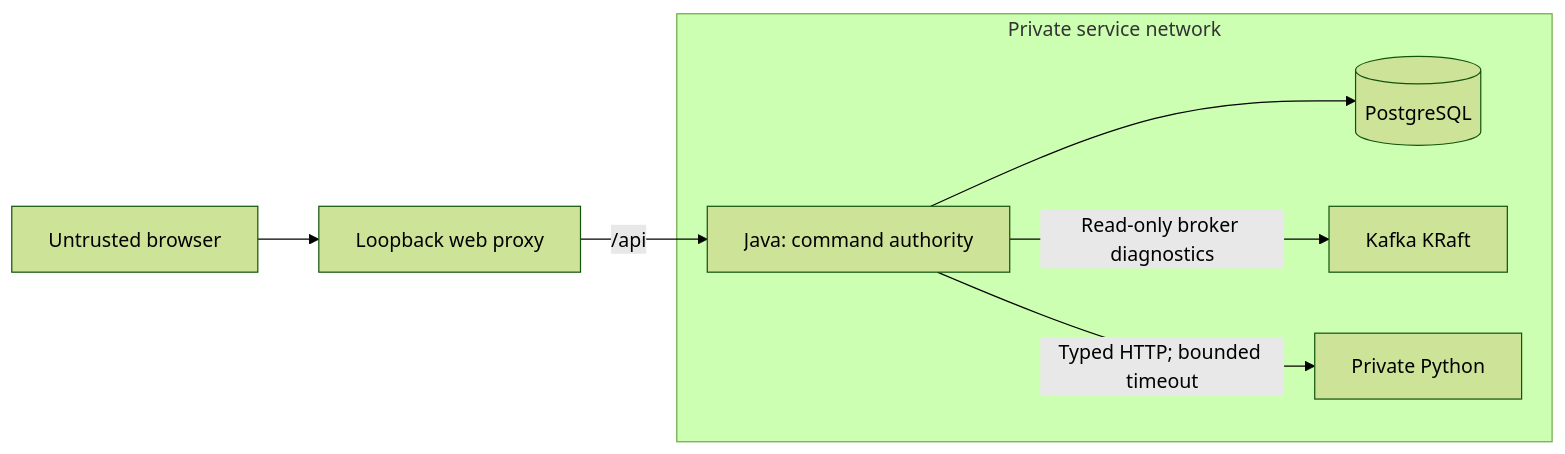
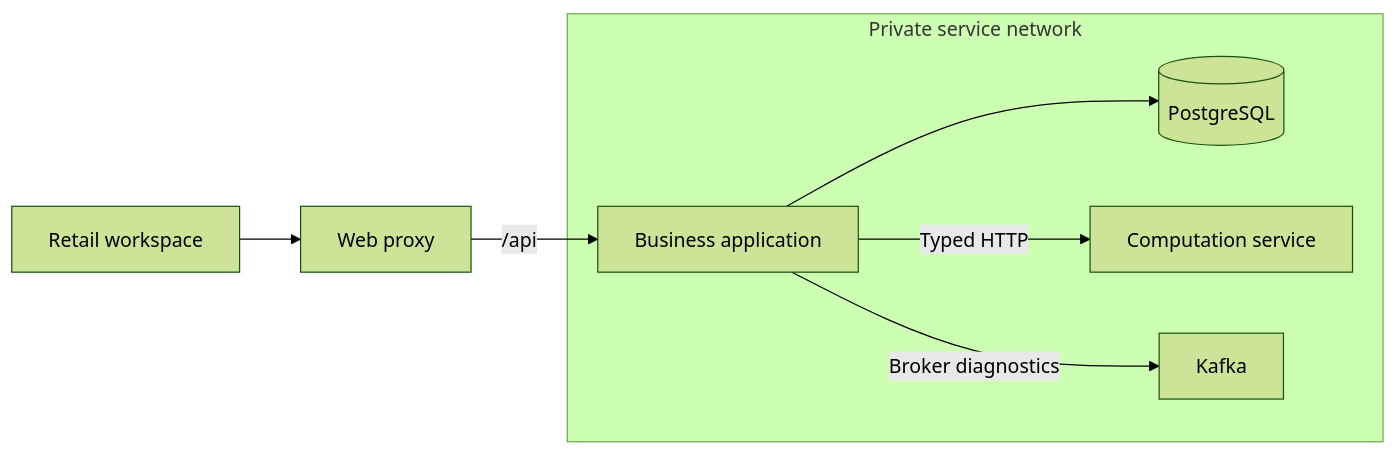
The diagram in documents/architecture.md (MiloszPodsiadly/StockRescue), drawn with Mermaid (forest theme) before and after one commit. The commit also changed other lines of this file and 12 other files, not shown here.

````diff
--- a/documents/architecture.md
+++ b/documents/architecture.md
@@ -17,10 +18,10 @@
 ```mermaid
 flowchart LR
-    browser["Untrusted browser"] --> proxy["Loopback web proxy"]
-    subgraph internal["Private service network"]
-        java["Java: command authority"] --> pg[("PostgreSQL")]
-        java -->|"Read-only broker diagnostics"| kafka["Kafka KRaft"]
-        java -->|"Typed HTTP; bounded timeout"| python["Private Python"]
+    browser[Retail workspace] --> proxy[Web proxy]
+    subgraph internal[Private service network]
+        java[Business application] --> pg[(PostgreSQL)]
+        java -->|Typed HTTP| python[Computation service]
+        java -->|Broker diagnostics| kafka[Kafka]
     end
-    proxy -->|"/api"| java
+    proxy -->|/api| java
 ```
````
